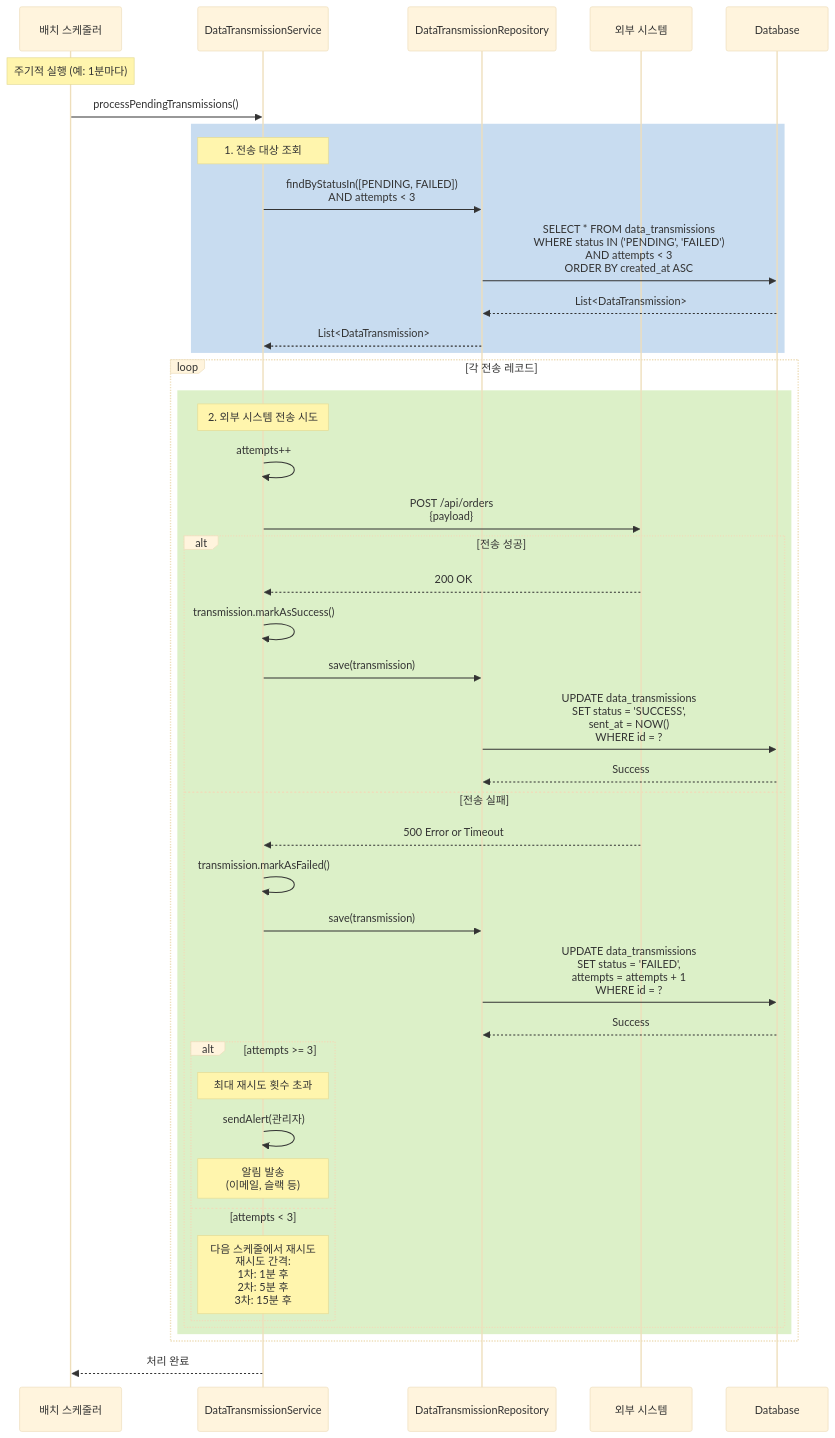
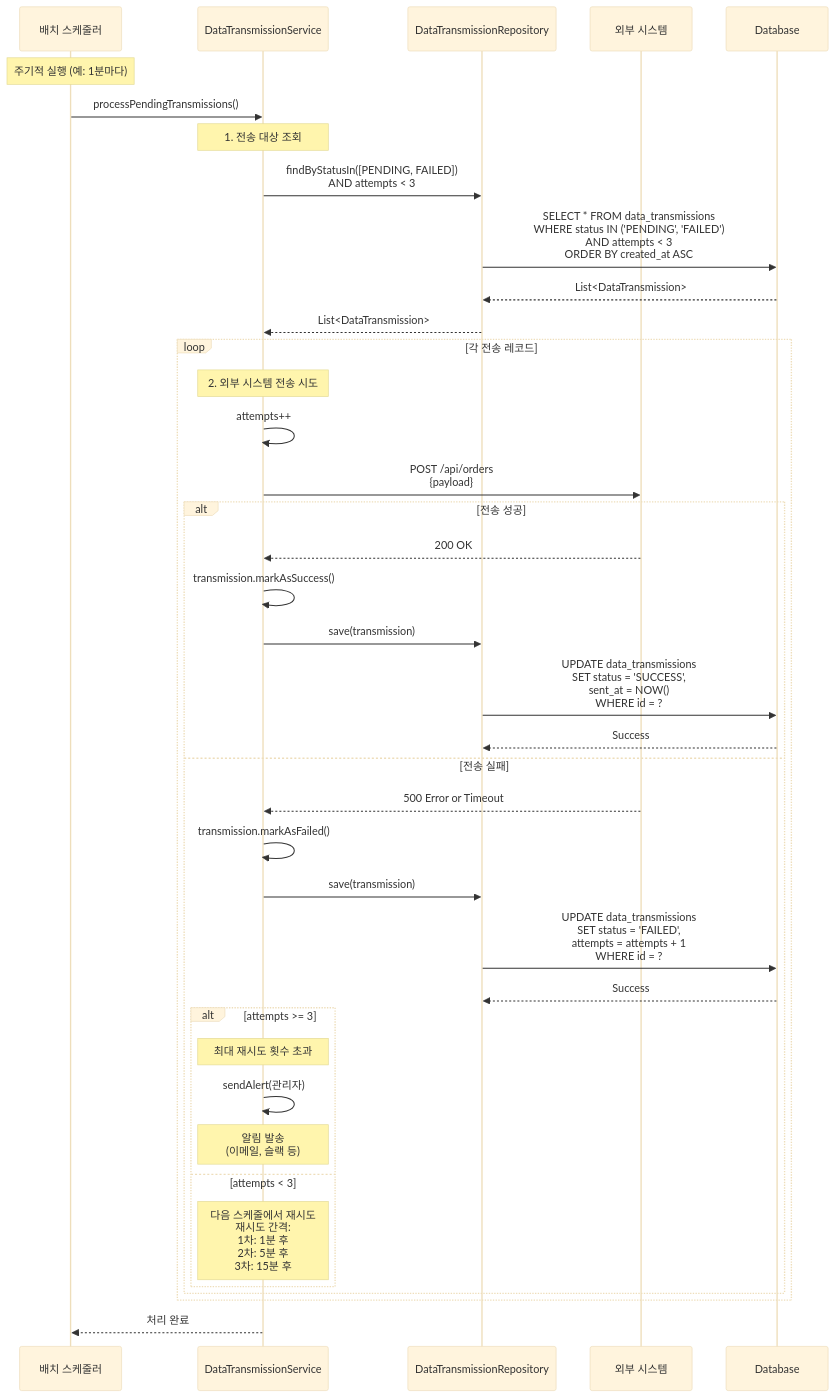
Before and after one commit to knowave/hhplus-ecommerce-kotlin: diagram 18 of 20 in docs/sequence-diagrams.md, drawn with Mermaid (base theme). The commit also changed other lines of this file, not shown here.

Commit message:
FIX: sequence-diagrams.md 수정

````diff
--- a/docs/sequence-diagrams.md
+++ b/docs/sequence-diagrams.md
@@ -554,53 +875,49 @@
 ```mermaid
 sequenceDiagram
     participant Scheduler as 배치 스케줄러
     participant Service as DataTransmissionService
     participant Repository as DataTransmissionRepository
     participant ExternalAPI as 외부 시스템
     participant DB as Database
 
     Note over Scheduler: 주기적 실행 (예: 1분마다)
 
     Scheduler->>Service: processPendingTransmissions()
 
-    rect rgb(200, 220, 240)
     Note over Service: 1. 전송 대상 조회
     Service->>Repository: findByStatusIn([PENDING, FAILED])<br/>AND attempts < 3
     Repository->>DB: SELECT * FROM data_transmissions<br/>WHERE status IN ('PENDING', 'FAILED')<br/>AND attempts < 3<br/>ORDER BY created_at ASC
     DB-->>Repository: List<DataTransmission>
     Repository-->>Service: List<DataTransmission>
-    end
 
     loop 각 전송 레코드
-        rect rgb(220, 240, 200)
         Note over Service: 2. 외부 시스템 전송 시도
         Service->>Service: attempts++
         Service->>ExternalAPI: POST /api/orders<br/>{payload}
 
         alt 전송 성공
             ExternalAPI-->>Service: 200 OK
             Service->>Service: transmission.markAsSuccess()
             Service->>Repository: save(transmission)
             Repository->>DB: UPDATE data_transmissions<br/>SET status = 'SUCCESS',<br/>sent_at = NOW()<br/>WHERE id = ?
             DB-->>Repository: Success
 
         else 전송 실패
             ExternalAPI-->>Service: 500 Error or Timeout
             Service->>Service: transmission.markAsFailed()
             Service->>Repository: save(transmission)
             Repository->>DB: UPDATE data_transmissions<br/>SET status = 'FAILED',<br/>attempts = attempts + 1<br/>WHERE id = ?
             DB-->>Repository: Success
 
             alt attempts >= 3
                 Note over Service: 최대 재시도 횟수 초과
                 Service->>Service: sendAlert(관리자)
                 Note over Service: 알림 발송<br/>(이메일, 슬랙 등)
             else attempts < 3
                 Note over Service: 다음 스케줄에서 재시도<br/>재시도 간격:<br/>1차: 1분 후<br/>2차: 5분 후<br/>3차: 15분 후
             end
         end
-        end
     end
 
     Service-->>Scheduler: 처리 완료
 ```
````
